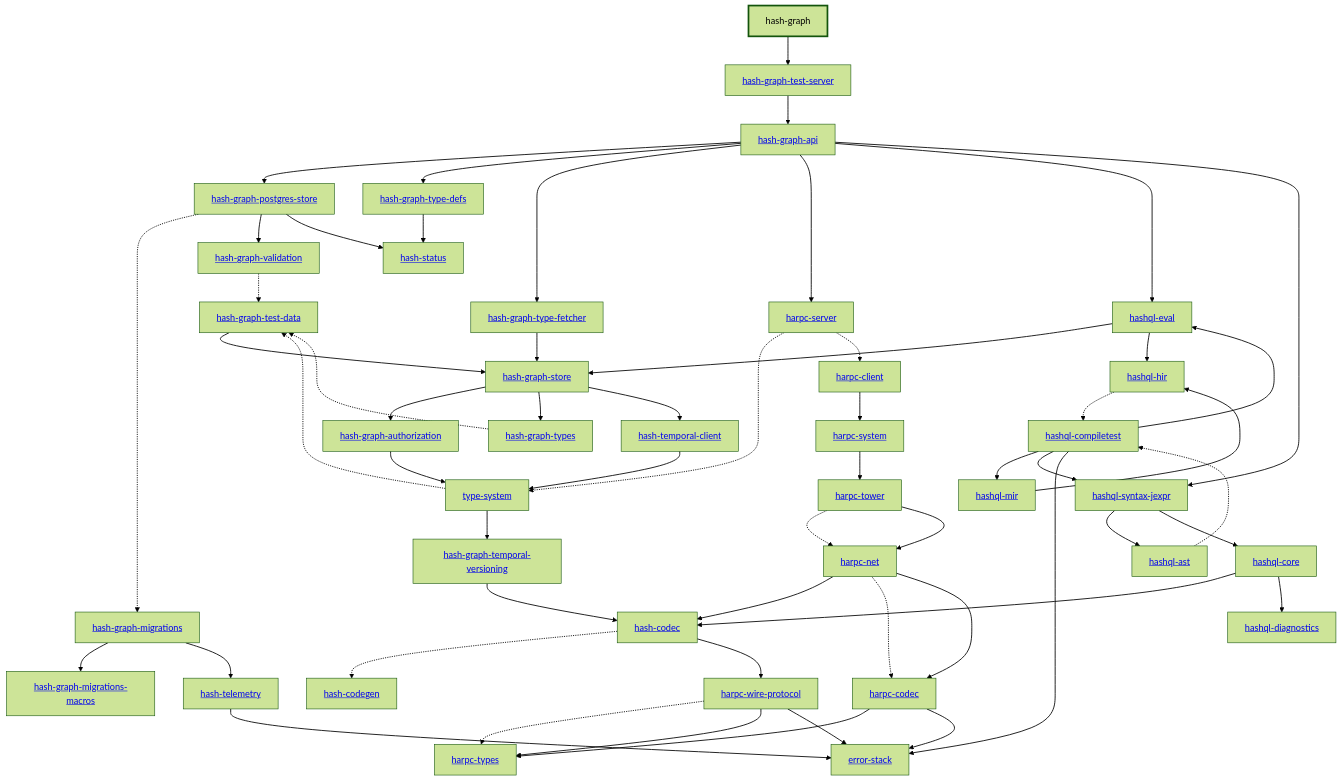
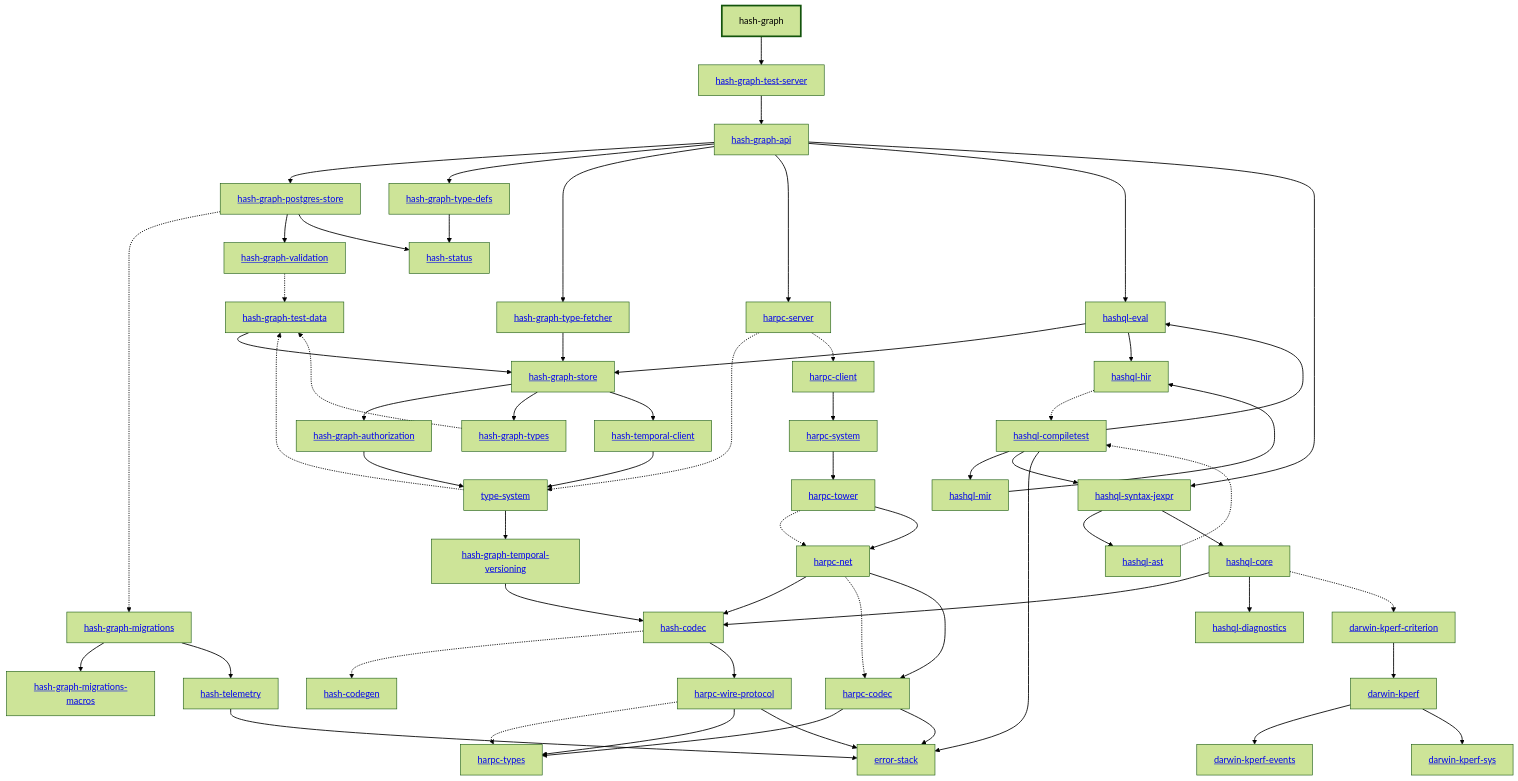
The diagram in apps/hash-graph/docs/dependency-diagram.mmd (hashintel/hash), drawn with Mermaid (forest theme) before and after one commit. The commit also changed 15 other files, not shown here.

Commit message:
chore: generate turborepo + dependency diagram

```diff
--- a/apps/hash-graph/docs/dependency-diagram.mmd
+++ b/apps/hash-graph/docs/dependency-diagram.mmd
@@ -1,104 +1,112 @@
 graph TD
     linkStyle default stroke-width:1.5px
     classDef default stroke-width:1px
     classDef root stroke-width:3px
     classDef dev stroke-width:1px
     classDef build stroke-width:1px
     %% Legend
     %% --> : Normal dependency
     %% -.-> : Dev dependency
     %% ---> : Build dependency
     0[hash-graph]
     class 0 root
     1[<a href="../type_system/index.html">type-system</a>]
     2[<a href="../hash_codec/index.html">hash-codec</a>]
     3[<a href="../hash_codegen/index.html">hash-codegen</a>]
     4[<a href="../hash_graph_api/index.html">hash-graph-api</a>]
     5[<a href="../hash_graph_authorization/index.html">hash-graph-authorization</a>]
     6[<a href="../hash_graph_migrations/index.html">hash-graph-migrations</a>]
     7[<a href="../hash_graph_migrations_macros/index.html">hash-graph-migrations-macros</a>]
     8[<a href="../hash_graph_postgres_store/index.html">hash-graph-postgres-store</a>]
     9[<a href="../hash_graph_store/index.html">hash-graph-store</a>]
     10[<a href="../hash_graph_temporal_versioning/index.html">hash-graph-temporal-versioning</a>]
     11[<a href="../hash_graph_test_server/index.html">hash-graph-test-server</a>]
     12[<a href="../hash_graph_type_defs/index.html">hash-graph-type-defs</a>]
     13[<a href="../hash_graph_type_fetcher/index.html">hash-graph-type-fetcher</a>]
     14[<a href="../hash_graph_types/index.html">hash-graph-types</a>]
     15[<a href="../hash_graph_validation/index.html">hash-graph-validation</a>]
     16[<a href="../harpc_client/index.html">harpc-client</a>]
     17[<a href="../harpc_codec/index.html">harpc-codec</a>]
     18[<a href="../harpc_net/index.html">harpc-net</a>]
     19[<a href="../harpc_server/index.html">harpc-server</a>]
     20[<a href="../harpc_system/index.html">harpc-system</a>]
     21[<a href="../harpc_tower/index.html">harpc-tower</a>]
     22[<a href="../harpc_types/index.html">harpc-types</a>]
     23[<a href="../harpc_wire_protocol/index.html">harpc-wire-protocol</a>]
     24[<a href="../hashql_ast/index.html">hashql-ast</a>]
     25[<a href="../hashql_compiletest/index.html">hashql-compiletest</a>]
     26[<a href="../hashql_core/index.html">hashql-core</a>]
     27[<a href="../hashql_diagnostics/index.html">hashql-diagnostics</a>]
     28[<a href="../hashql_eval/index.html">hashql-eval</a>]
     29[<a href="../hashql_hir/index.html">hashql-hir</a>]
     30[<a href="../hashql_mir/index.html">hashql-mir</a>]
     31[<a href="../hashql_syntax_jexpr/index.html">hashql-syntax-jexpr</a>]
     32[<a href="../hash_status/index.html">hash-status</a>]
     33[<a href="../hash_telemetry/index.html">hash-telemetry</a>]
     34[<a href="../hash_temporal_client/index.html">hash-temporal-client</a>]
-    35[<a href="../error_stack/index.html">error-stack</a>]
-    36[<a href="../hash_graph_test_data/index.html">hash-graph-test-data</a>]
+    35[<a href="../darwin_kperf/index.html">darwin-kperf</a>]
+    36[<a href="../darwin_kperf_criterion/index.html">darwin-kperf-criterion</a>]
+    37[<a href="../darwin_kperf_events/index.html">darwin-kperf-events</a>]
+    38[<a href="../darwin_kperf_sys/index.html">darwin-kperf-sys</a>]
+    39[<a href="../error_stack/index.html">error-stack</a>]
+    40[<a href="../hash_graph_test_data/index.html">hash-graph-test-data</a>]
     0 --> 11
     1 --> 10
-    1 -.-> 36
+    1 -.-> 40
     2 -.-> 3
     2 --> 23
     4 --> 8
     4 --> 12
     4 --> 13
     4 --> 19
     4 --> 28
     4 --> 31
     5 --> 1
     6 --> 7
     6 --> 33
     8 -.-> 6
     8 --> 15
     8 --> 32
     9 --> 5
     9 --> 14
     9 --> 34
     10 --> 2
     11 --> 4
     12 --> 32
     13 --> 9
-    14 -.-> 36
-    15 -.-> 36
+    14 -.-> 40
+    15 -.-> 40
     16 --> 20
     17 --> 22
-    17 --> 35
+    17 --> 39
     18 --> 2
     18 -.-> 17
     18 --> 17
     19 -.-> 1
     19 -.-> 16
     20 --> 21
     21 -.-> 18
     21 --> 18
     23 -.-> 22
     23 --> 22
-    23 --> 35
+    23 --> 39
     24 -.-> 25
     25 --> 28
     25 --> 30
     25 --> 31
-    25 --> 35
+    25 --> 39
     26 --> 2
     26 --> 27
+    26 -.-> 36
     28 --> 9
     28 --> 29
     29 -.-> 25
     30 --> 29
     31 --> 24
     31 --> 26
-    33 --> 35
+    33 --> 39
     34 --> 1
-    36 --> 9
+    35 --> 37
+    35 --> 38
+    36 --> 35
+    40 --> 9
```
